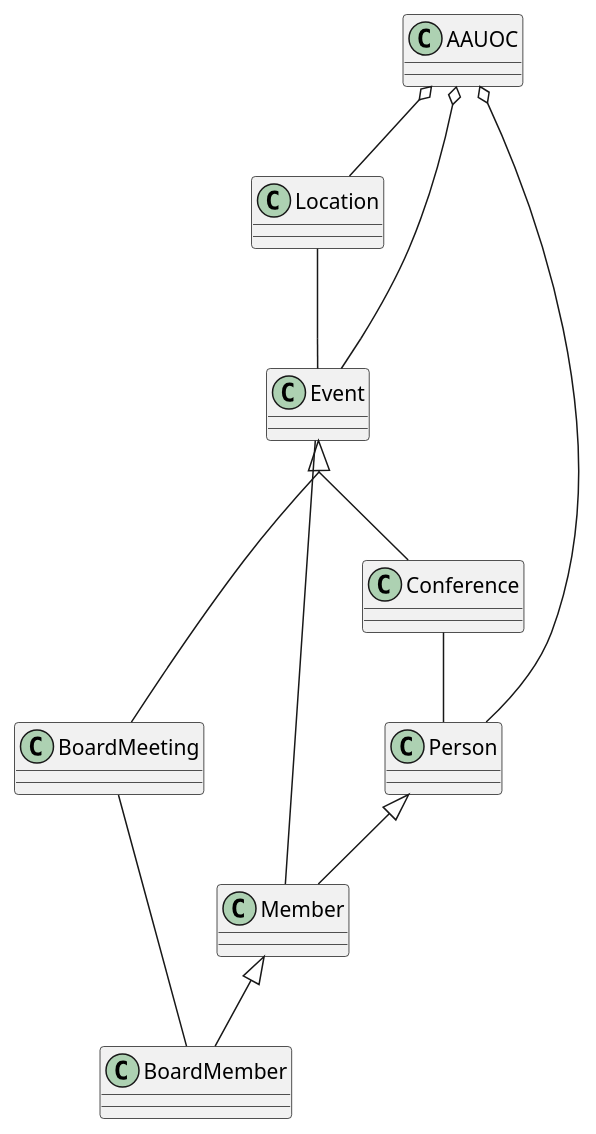
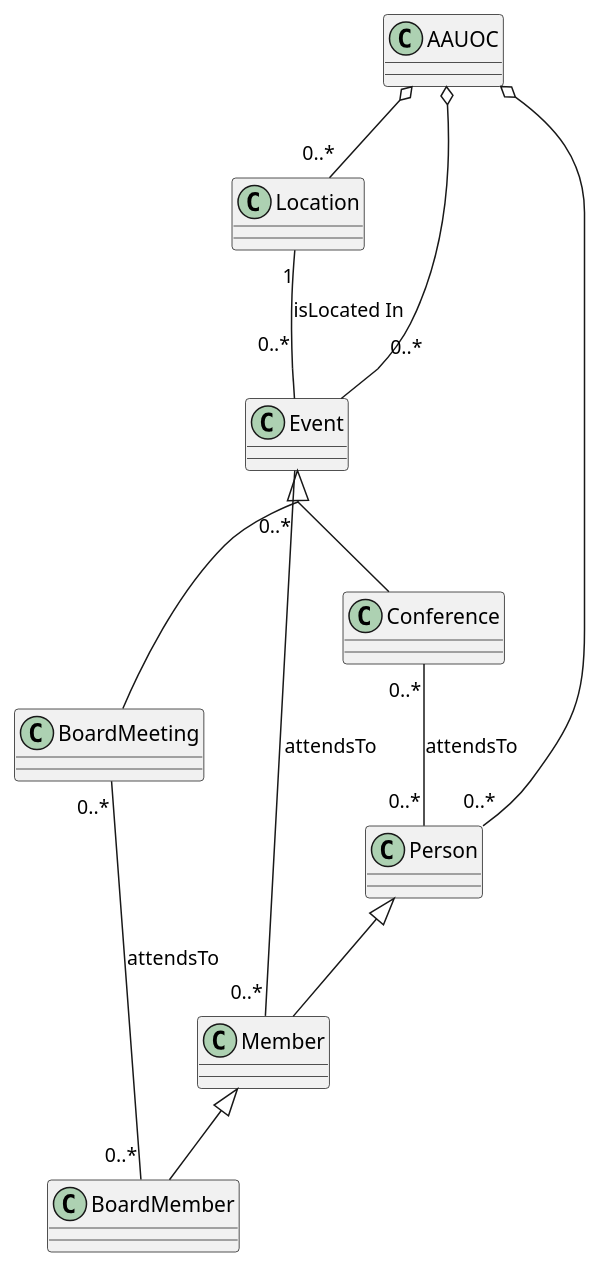
One commit to RikaMzHyde/UMLClasesLauraPinedo changed the diagram in src/UMLEjercicio.puml. Above: the diagram before and after it, drawn with PlantUML.

Commit message:
Finalizamos punto 3 y 4

```diff
--- a/src/UMLEjercicio.puml
+++ b/src/UMLEjercicio.puml
@@ -1,39 +1,35 @@
 @startuml
 skinparam groupInheritance 2
 class Member{
 }
 class BoardMember{
 }
 class Event{
 }
 class Conference{
 }
 class BoardMeeting{
 }
 class Location{
 }
 class Person{
 }
 class AAUOC{
 }
 
-
 Event <|-- Conference
 Event <|-- BoardMeeting
-Event -- Member
-
-
+Event "0..*"-- "0..*"Member : attendsTo
 
 Person <|-- Member
 Member <|-- BoardMember
 
+AAUOC o-- "0..*"Person
+AAUOC o-- "0..*"Location
+AAUOC o-- "0..*"Event
 
-AAUOC o-- Person
-AAUOC o-- Location
-AAUOC o-- Event
+Location "1" -- "0..*" Event : isLocated In
 
-Location -- Event
-
-Conference -- Person
-BoardMeeting -- BoardMember
+Conference "0..*" -- "0..*" Person : attendsTo
+BoardMeeting "0..*" -- "0..*" BoardMember : attendsTo
 @enduml
```
